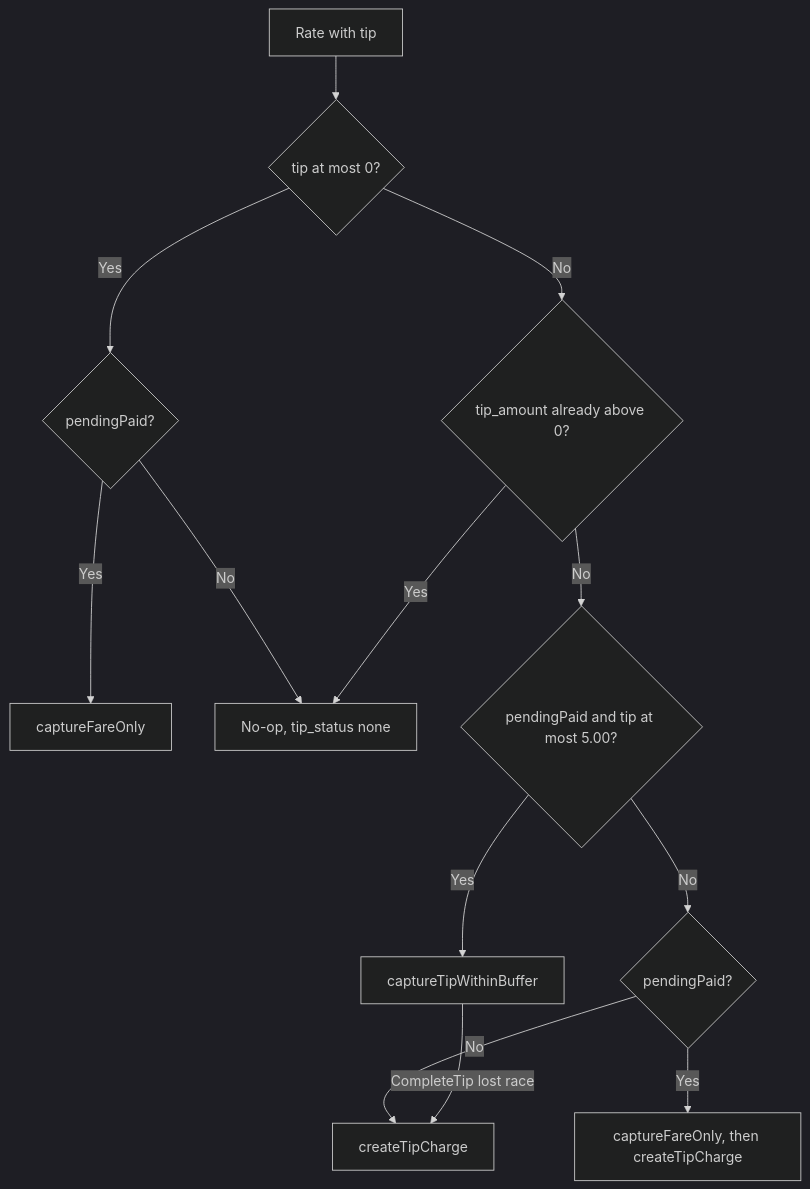
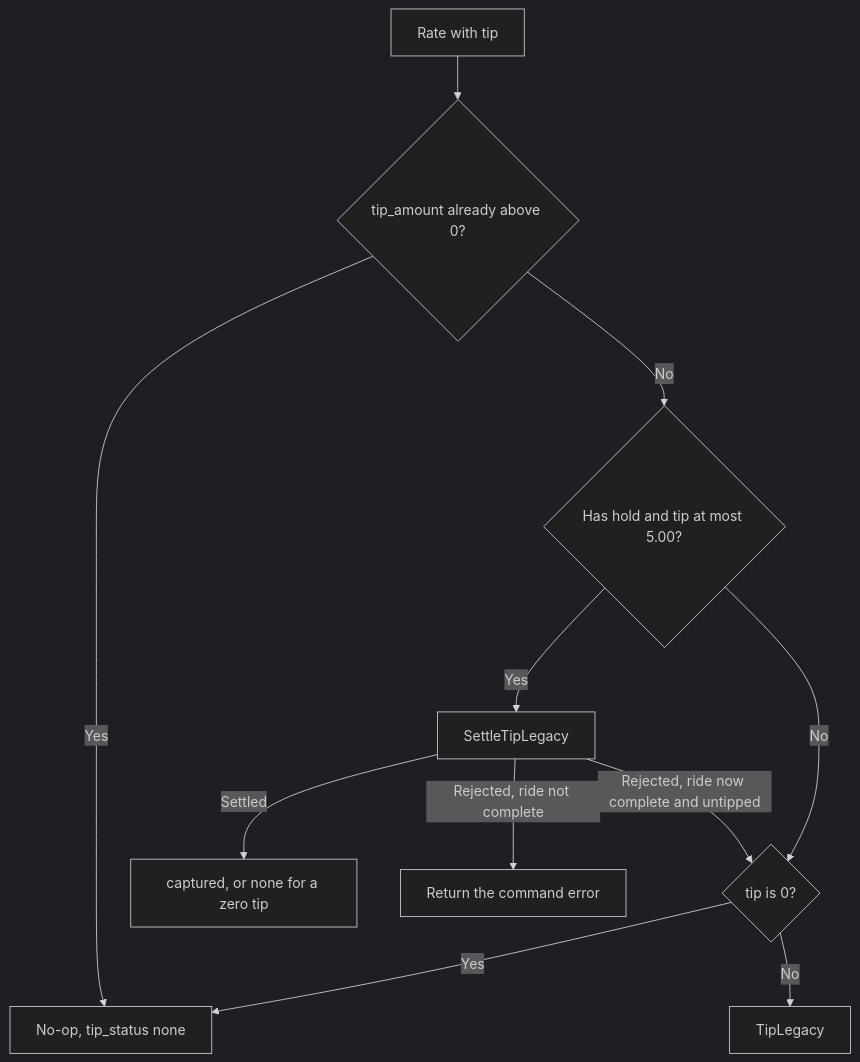
One commit to rideyelo/docs changed the diagram in engineering/payments/ride-tips.mdx. Above: the diagram before and after it, drawn with Mermaid (dark theme). The commit also changed other lines of this file and 9 other files, not shown here.

First line of the commit message:
docs: document ride financial command runtime cutover in payments and matching

````diff
--- a/engineering/payments/ride-tips.mdx
+++ b/engineering/payments/ride-tips.mdx
@@ -23,15 +23,13 @@
 ```mermaid
 flowchart TD
-    A[Rate with tip] --> B{tip at most 0?}
-    B -- Yes --> C{pendingPaid?}
-    C -- Yes --> D[captureFareOnly]
-    C -- No --> N[No-op, tip_status none]
-    B -- No --> E{tip_amount already above 0?}
-    E -- Yes --> N
-    E -- No --> F{pendingPaid and tip at most 5.00?}
-    F -- Yes --> G[captureTipWithinBuffer]
-    F -- No --> H{pendingPaid?}
-    H -- Yes --> I[captureFareOnly, then createTipCharge]
-    H -- No --> J[createTipCharge]
-    G -- CompleteTip lost race --> J
+    A[Rate with tip] --> E{tip_amount already above 0?}
+    E -- Yes --> N[No-op, tip_status none]
+    E -- No --> F{Has hold and tip at most 5.00?}
+    F -- Yes --> G[SettleTipLegacy]
+    G -- Settled --> C[captured, or none for a zero tip]
+    G -- Rejected, ride not complete --> X[Return the command error]
+    G -- Rejected, ride now complete and untipped --> H
+    F -- No --> H{tip is 0?}
+    H -- Yes --> N
+    H -- No --> J[TipLegacy]
 ```
````
